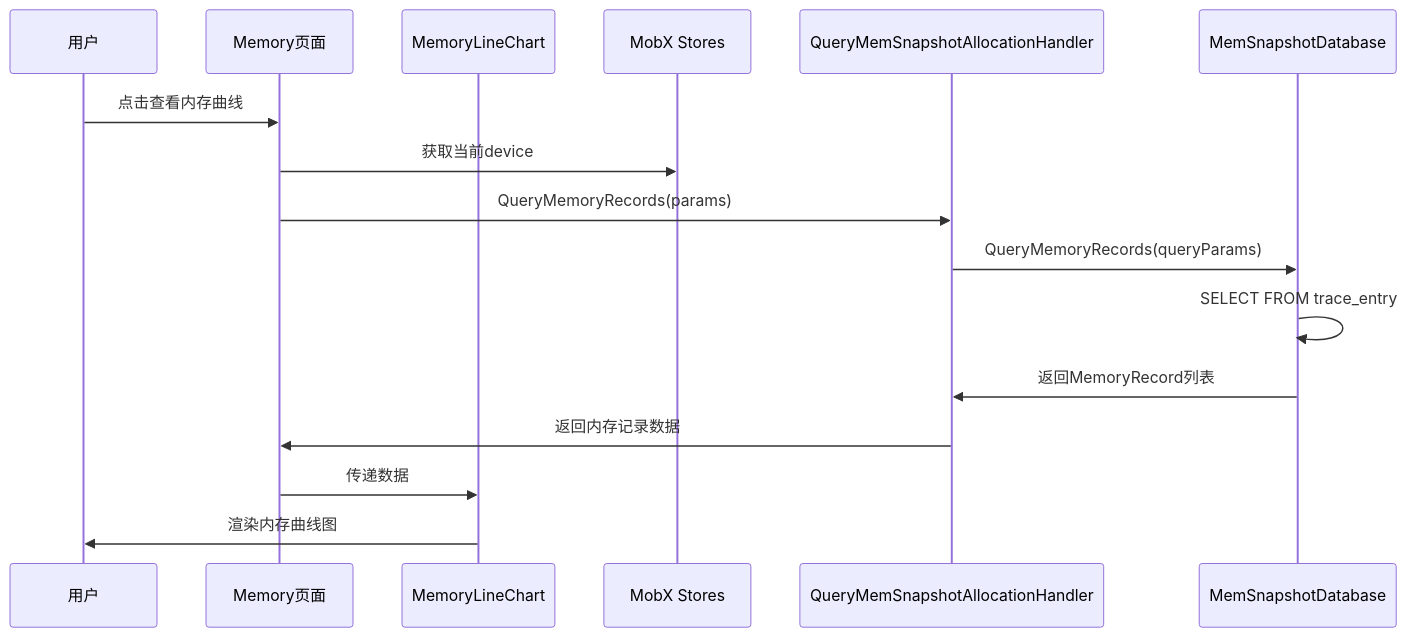
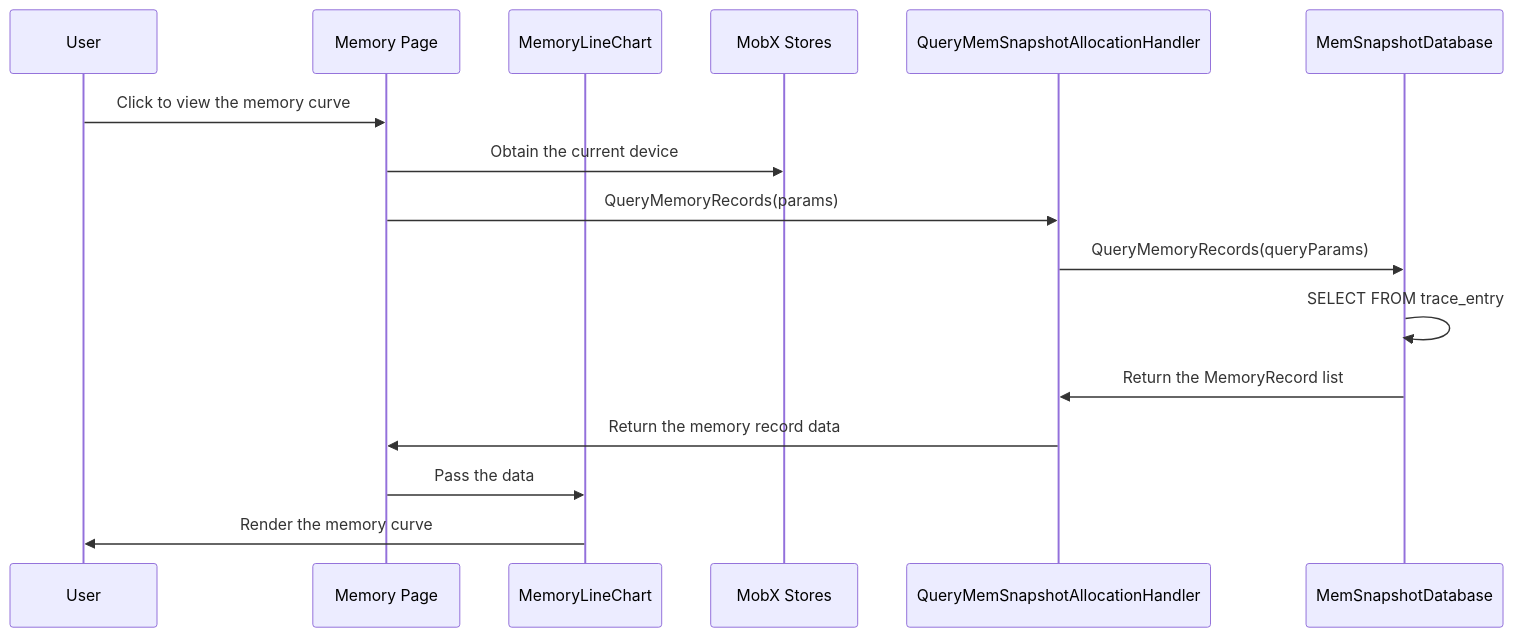
The third of 8 diagrams in docs/en/development_guide/design/support_snapshot_analysis.md (Ascend/msinsight), drawn with Mermaid before and after one commit. The commit also changed other lines of this file and 323 other files, not shown here.

````diff
--- a/docs/en/development_guide/design/support_snapshot_analysis.md
+++ b/docs/en/development_guide/design/support_snapshot_analysis.md
@@ -340,19 +286,19 @@
 ```mermaid
 sequenceDiagram
-    participant User as 用户
-    participant MemoryPage as Memory页面
+    participant User as User
+    participant MemoryPage as Memory Page
     participant LineChart as MemoryLineChart
     participant Stores as MobX Stores
     participant AllocHandler as QueryMemSnapshotAllocationHandler
     participant Database as MemSnapshotDatabase
 
-    User->>MemoryPage: 点击查看内存曲线
-    MemoryPage->>Stores: 获取当前device
+    User->>MemoryPage: Click to view the memory curve
+    MemoryPage->>Stores: Obtain the current device
     MemoryPage->>AllocHandler: QueryMemoryRecords(params)
     AllocHandler->>Database: QueryMemoryRecords(queryParams)
     Database->>Database: SELECT FROM trace_entry
-    Database->>AllocHandler: 返回MemoryRecord列表
-    AllocHandler->>MemoryPage: 返回内存记录数据
-    MemoryPage->>LineChart: 传递数据
-    LineChart->>User: 渲染内存曲线图
+    Database->>AllocHandler: Return the MemoryRecord list
+    AllocHandler->>MemoryPage: Return the memory record data
+    MemoryPage->>LineChart: Pass the data
+    LineChart->>User: Render the memory curve
 ```
````
